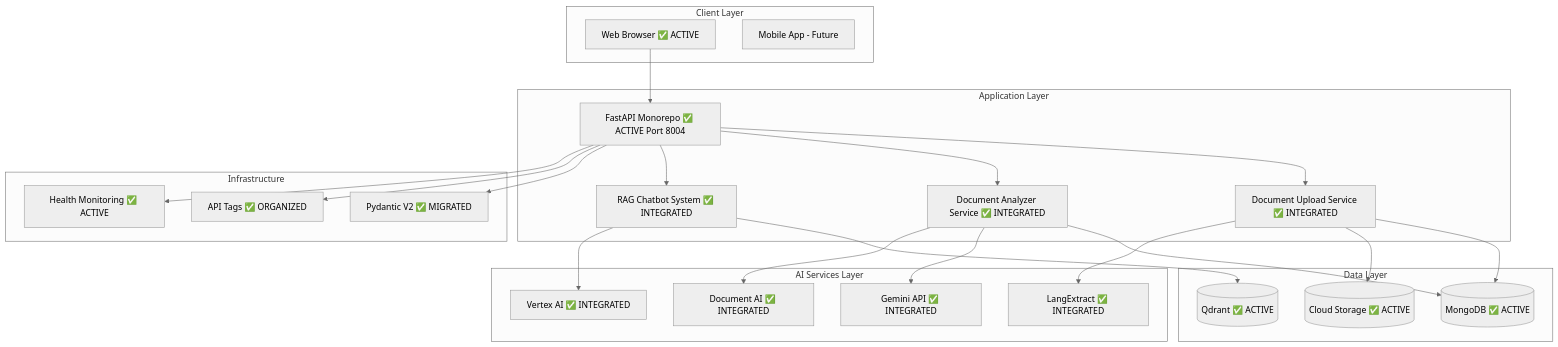
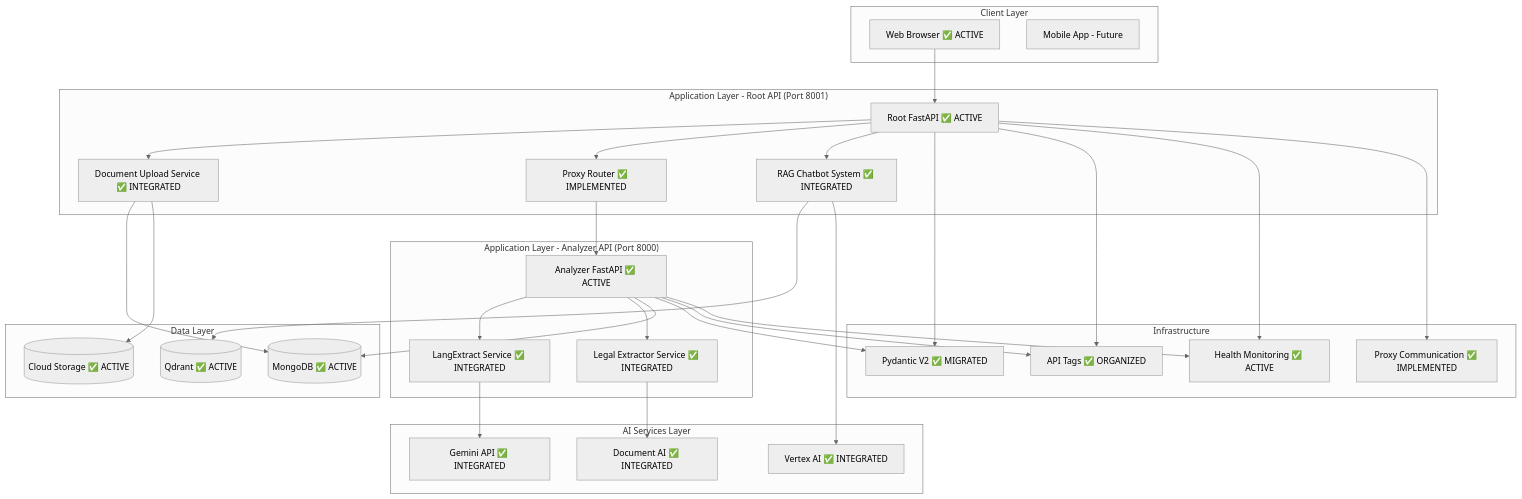
Before and after one commit to LegalClarity/VectorDB: the fifth of 7 diagrams in Memory Bank/@architecture.md, drawn with Mermaid (neutral theme). The commit also changed other lines of this file and 40 other files, not shown here.

````diff
--- a/Memory Bank/@architecture.md
+++ b/Memory Bank/@architecture.md
@@ -398,52 +467,64 @@
 ```mermaid
 graph TD
     subgraph "Client Layer"
         WEB[Web Browser ✅ ACTIVE]
         MOBILE[Mobile App - Future]
     end
 
-    subgraph "Application Layer"
-        MAIN[FastAPI Monorepo ✅ ACTIVE Port 8004]
+    subgraph "Application Layer - Root API (Port 8001)"
+        ROOT_API[Root FastAPI ✅ ACTIVE]
         DOC_UPLOAD[Document Upload Service ✅ INTEGRATED]
-        DOC_ANALYZER[Document Analyzer Service ✅ INTEGRATED]
+        PROXY_ROUTER[Proxy Router ✅ IMPLEMENTED]
         RAG_SYSTEM[RAG Chatbot System ✅ INTEGRATED]
+    end
+
+    subgraph "Application Layer - Analyzer API (Port 8000)"
+        ANALYZER_API[Analyzer FastAPI ✅ ACTIVE]
+        LANGEXTRACT_SVC[LangExtract Service ✅ INTEGRATED]
+        LEGAL_EXTRACTOR[Legal Extractor Service ✅ INTEGRATED]
     end
 
     subgraph "Data Layer"
         MONGODB[(MongoDB ✅ ACTIVE)]
         QDRANT[(Qdrant ✅ ACTIVE)]
         GCS[(Cloud Storage ✅ ACTIVE)]
     end
 
     subgraph "AI Services Layer"
         GEMINI[Gemini API ✅ INTEGRATED]
-        LANGEXTRACT[LangExtract ✅ INTEGRATED]
         DOCAI[Document AI ✅ INTEGRATED]
         VERTEX[Vertex AI ✅ INTEGRATED]
     end
 
     subgraph "Infrastructure"
         PYDANTIC_V2[Pydantic V2 ✅ MIGRATED]
         TAGS[API Tags ✅ ORGANIZED]
         HEALTH[Health Monitoring ✅ ACTIVE]
+        PROXY_COMM[Proxy Communication ✅ IMPLEMENTED]
     end
 
-    WEB --> MAIN
-    MAIN --> DOC_UPLOAD
-    MAIN --> DOC_ANALYZER
-    MAIN --> RAG_SYSTEM
+    WEB --> ROOT_API
+    ROOT_API --> DOC_UPLOAD
+    ROOT_API --> PROXY_ROUTER
+    ROOT_API --> RAG_SYSTEM
+    PROXY_ROUTER --> ANALYZER_API
+    ANALYZER_API --> LANGEXTRACT_SVC
+    ANALYZER_API --> LEGAL_EXTRACTOR
 
     DOC_UPLOAD --> MONGODB
     DOC_UPLOAD --> GCS
-    DOC_ANALYZER --> MONGODB
+    ANALYZER_API --> MONGODB
     RAG_SYSTEM --> QDRANT
 
-    DOC_UPLOAD --> LANGEXTRACT
-    DOC_ANALYZER --> GEMINI
-    DOC_ANALYZER --> DOCAI
+    LANGEXTRACT_SVC --> GEMINI
+    LEGAL_EXTRACTOR --> DOCAI
     RAG_SYSTEM --> VERTEX
 
-    MAIN --> PYDANTIC_V2
-    MAIN --> TAGS
-    MAIN --> HEALTH
+    ROOT_API --> PYDANTIC_V2
+    ROOT_API --> TAGS
+    ROOT_API --> HEALTH
+    ROOT_API --> PROXY_COMM
+    ANALYZER_API --> PYDANTIC_V2
+    ANALYZER_API --> TAGS
+    ANALYZER_API --> HEALTH
 ```
````
